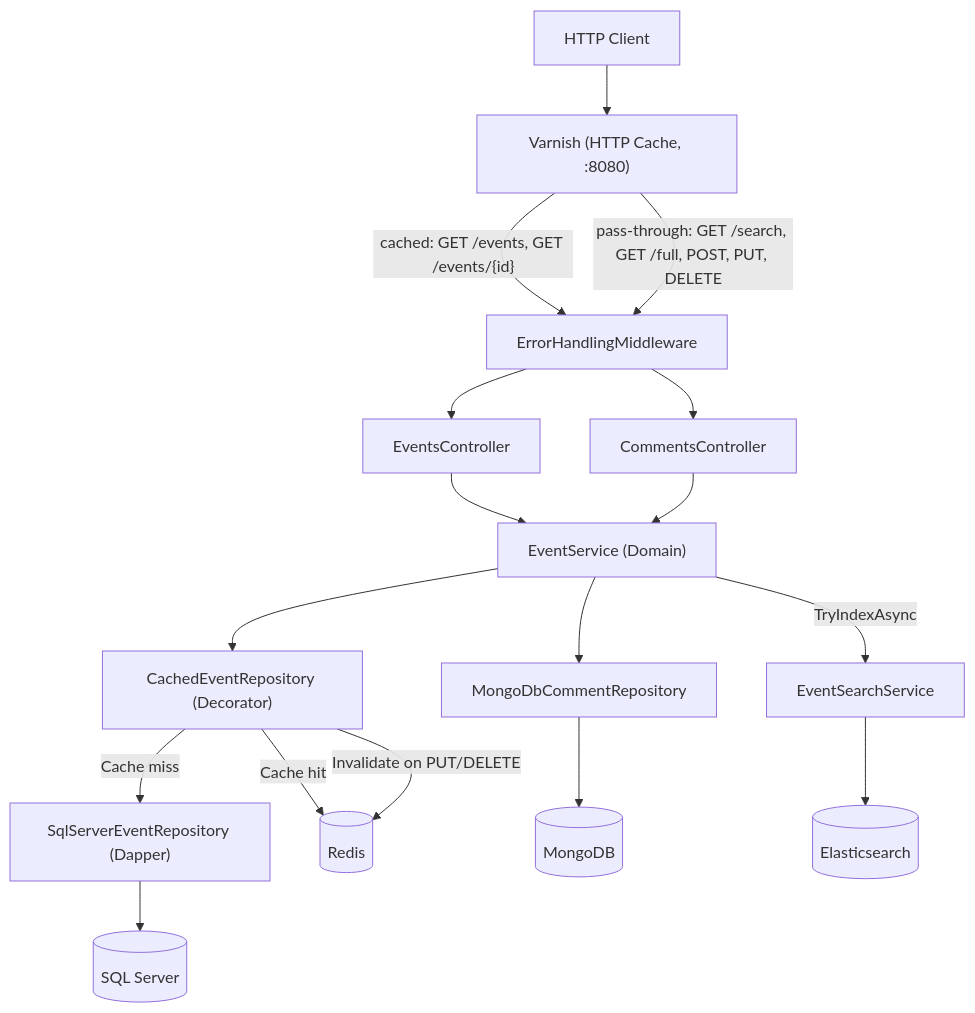
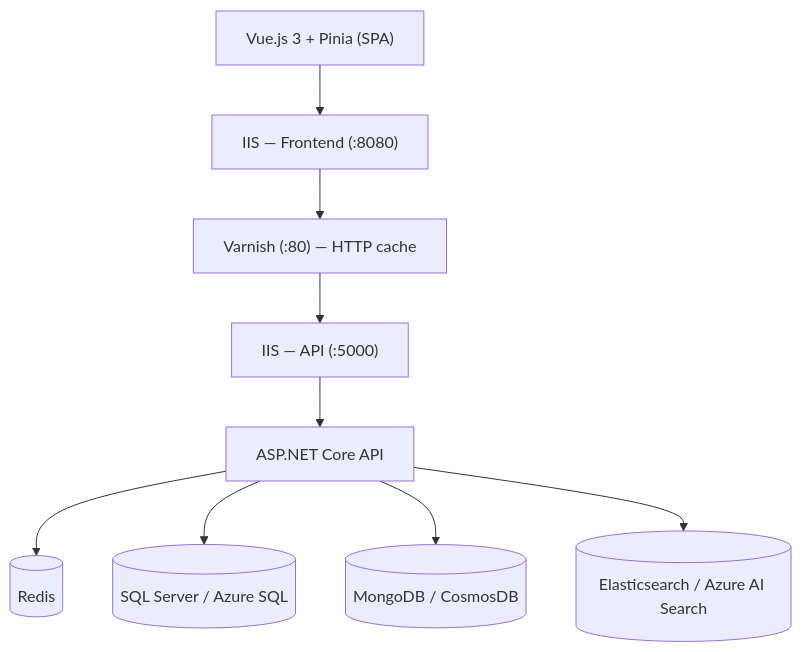
Before and after one commit to LaurentCondoure/EventManager: the third of 3 diagrams in documents/Technical/Architecture.md, drawn with Mermaid. The commit also changed other lines of this file and 4 other files, not shown here.

Commit message:
docs: update project documents with the latest feature. Add ADR 011 : Cache invalidation strategy for PUT and DELETE mutations

````diff
--- a/documents/Technical/Architecture.md
+++ b/documents/Technical/Architecture.md
@@ -107,34 +139,21 @@
 ```mermaid
 graph TD
-    Client["HTTP Client"]
-    Varnish["Varnish (HTTP Cache, :8080)"]
-    EH["ErrorHandlingMiddleware"]
-    API["EventsController"]
-    CommentsAPI["CommentsController"]
-    Service["EventService (Domain)"]
-    Cache["CachedEventRepository (Decorator)"]
-    Repo["SqlServerEventRepository (Dapper)"]
-    CommentRepo["MongoDbCommentRepository"]
-    SearchService["EventSearchService"]
+    Vue["Vue.js 3 + Pinia (SPA)"]
+    IIS_FE["IIS — Frontend (:8080)"]
+    IIS_API["IIS — API (:5000)"]
+    Varnish["Varnish (:80) — HTTP cache"]
+    API["ASP.NET Core API"]
     Redis[("Redis")]
-    SQL[("SQL Server")]
-    Mongo[("MongoDB")]
-    ES[("Elasticsearch")]
+    SQL[("SQL Server / Azure SQL")]
+    Mongo[("MongoDB / CosmosDB")]
+    ES[("Elasticsearch / Azure AI Search")]
 
-    Client --> Varnish
-    Varnish -->|"cached: GET /events, GET /events/{id}"| EH
-    Varnish -->|"pass-through: GET /search, GET /full, POST, PUT, DELETE"| EH
-    EH --> API
-    EH --> CommentsAPI
-    API --> Service
-    CommentsAPI --> Service
-    Service --> Cache
-    Service --> CommentRepo
-    Service -->|TryIndexAsync| SearchService
-    Cache -->|Cache hit| Redis
-    Cache -->|Cache miss| Repo
-    Cache -->|Invalidate on PUT/DELETE| Redis
-    Repo --> SQL
-    CommentRepo --> Mongo
-    SearchService --> ES
+    Vue --> IIS_FE
+    IIS_FE --> Varnish
+    Varnish --> IIS_API
+    IIS_API --> API
+    API --> Redis
+    API --> SQL
+    API --> Mongo
+    API --> ES
 ```
````
